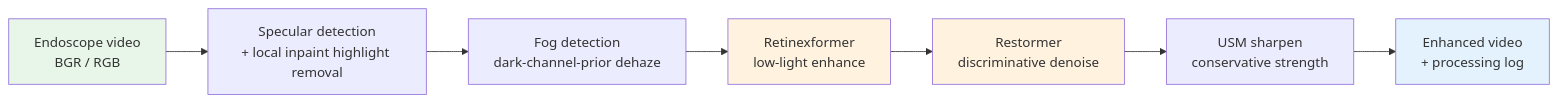
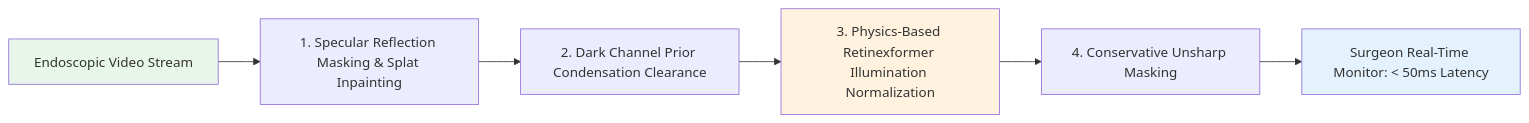
The eighth of 8 diagrams in en/chapters/16-cases.md (yingwang/image-enhancement-guide), drawn with Mermaid before and after one commit. The commit also changed other lines of this file and 18 other files, not shown here.

````diff
--- a/en/chapters/16-cases.md
+++ b/en/chapters/16-cases.md
@@ -751,14 +207,12 @@
 ```mermaid
 graph LR
-    Cam[Endoscope video<br/>BGR / RGB] --> Spec[Specular detection<br/>+ local inpaint highlight removal]
-    Spec --> Fog[Fog detection<br/>dark-channel-prior dehaze]
-    Fog --> Low[Retinexformer<br/>low-light enhance]
-    Low --> Denoise[Restormer<br/>discriminative denoise]
-    Denoise --> Sharpen[USM sharpen<br/>conservative strength]
-    Sharpen --> Output[Enhanced video<br/>+ processing log]
+    EndoFeed[Endoscopic Video Stream] --> Specular[1. Specular Reflection Masking & Splat Inpainting]
+    Specular --> Dehaze[2. Dark Channel Prior Condensation Clearance]
+    Dehaze --> Retinex[3. Physics-Based Retinexformer Illumination Normalization]
+    Retinex --> Sharp[4. Conservative Unsharp Masking]
+    Sharp --> Display[Surgeon Real-Time Monitor: < 50ms Latency]
 
-    style Cam fill:#e8f5e9
-    style Output fill:#e3f2fd
-    style Low fill:#fff3e0
-    style Denoise fill:#fff3e0
+    style EndoFeed fill:#e8f5e9
+    style Retinex fill:#fff3e0
+    style Display fill:#e3f2fd
 ```
````
